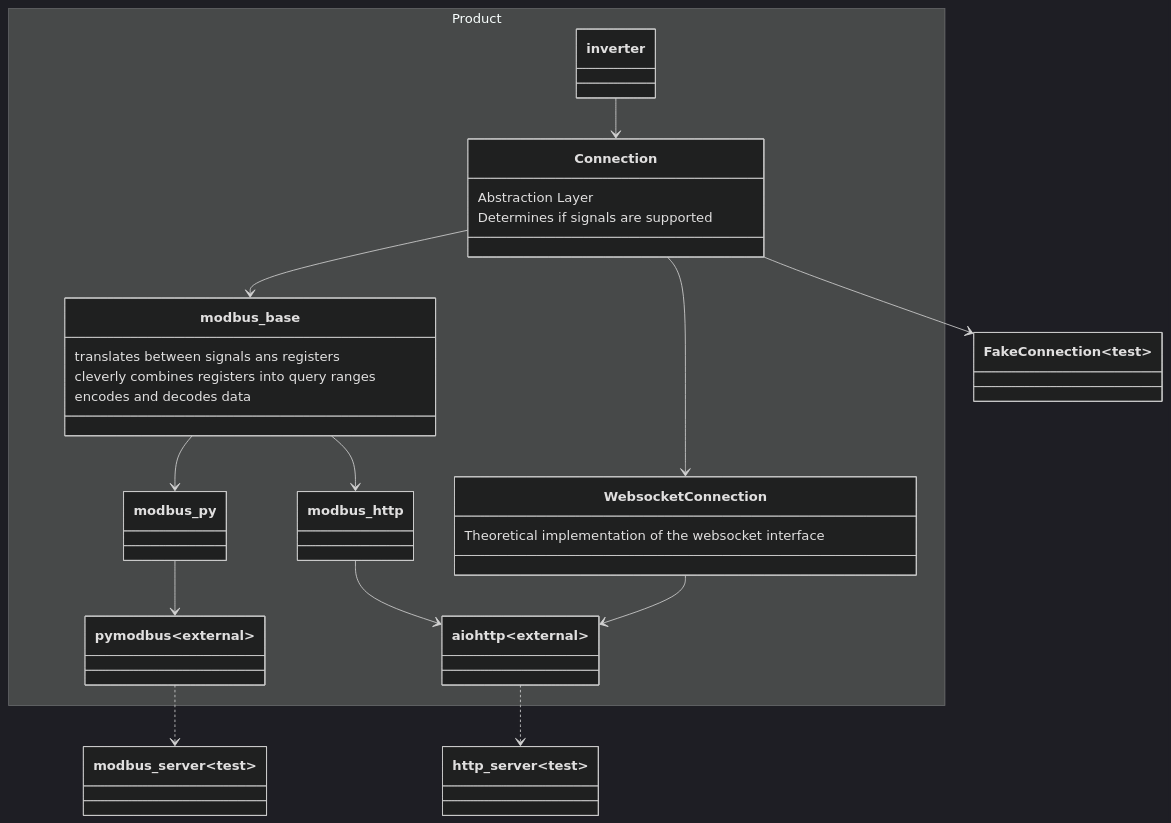
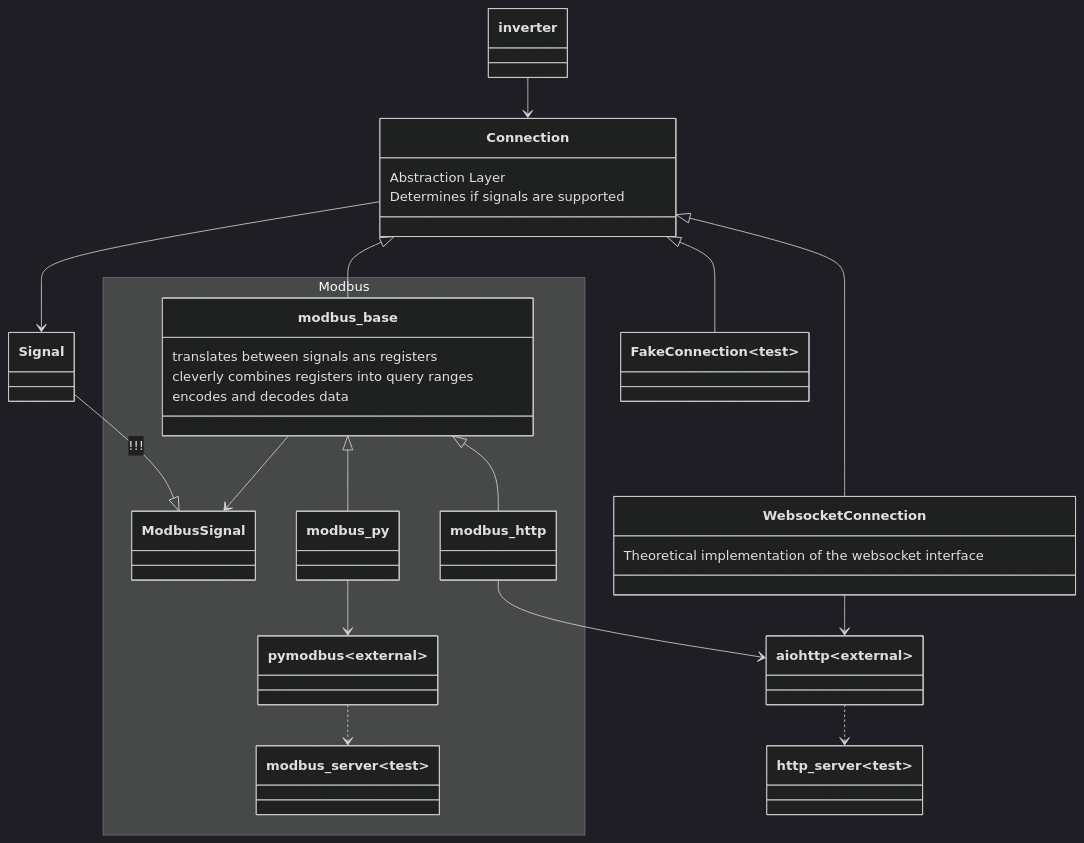
Before and after one commit to AlexanderLanin/homeassistant-sungrow: the diagram in tests/README.md, drawn with Mermaid (dark theme). The commit also changed 17 other files, not shown here.

````diff
--- a/tests/README.md
+++ b/tests/README.md
@@ -19,40 +19,47 @@
 ```mermaid
 classDiagram
-    namespace Product {
-        class inverter
-        class Connection {
-            Abstraction Layer
-            Determines if signals are supported
-        }
+    class inverter
+    class Connection {
+        Abstraction Layer
+        Determines if signals are supported
+    }
+    class Signal
+    namespace Modbus {
+        class ModbusSignal
         class modbus_base {
             translates between signals ans registers
             cleverly combines registers into query ranges
             encodes and decodes data
         }
-        class WebsocketConnection {
-            Theoretical implementation of the websocket interface
-        }
         class modbus_py
         class modbus_http
-        class aiohttp~external~
         class pymodbus~external~
+        class modbus_server~test~
+    }
+    class aiohttp~external~
+    class WebsocketConnection {
+        Theoretical implementation of the websocket interface
     }
     class FakeConnection~test~
 
+    Signal --|> ModbusSignal : !!!
     inverter --> Connection
+    Connection --> Signal
 
-    Connection --> modbus_base
-    Connection --> FakeConnection
+    Connection <|-- modbus_base
+    Connection <|-- FakeConnection
 
-    Connection --> WebsocketConnection
+    Connection <|-- WebsocketConnection
     WebsocketConnection --> aiohttp
 
-    modbus_base --> modbus_py
-    modbus_base --> modbus_http
+    modbus_base <|-- modbus_py
+    modbus_base <|-- modbus_http
+
+    modbus_base --> ModbusSignal
 
     modbus_http --> aiohttp
     aiohttp ..> http_server~test~
 
     modbus_py --> pymodbus
     pymodbus ..> modbus_server~test~
 ```
````
